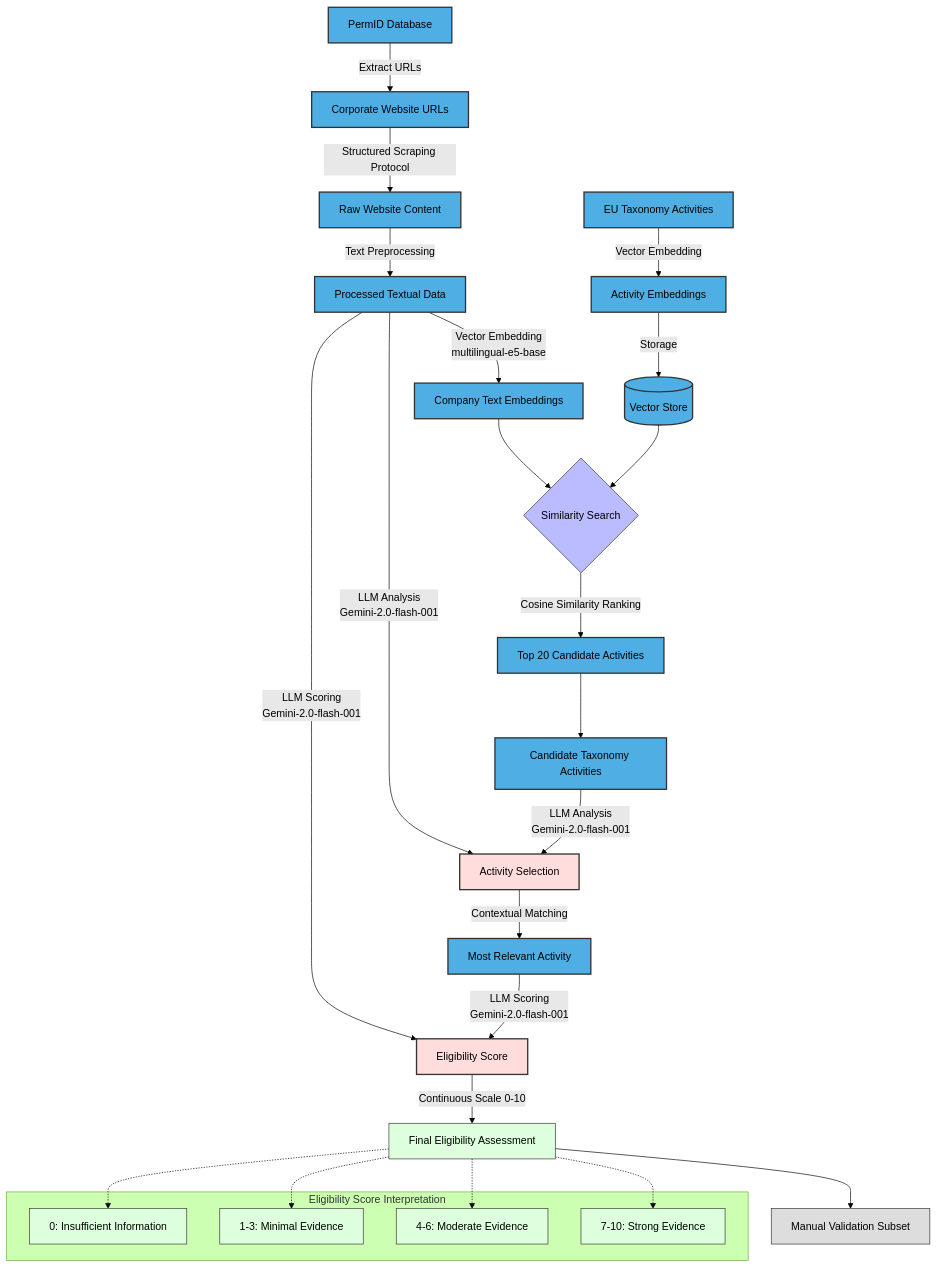
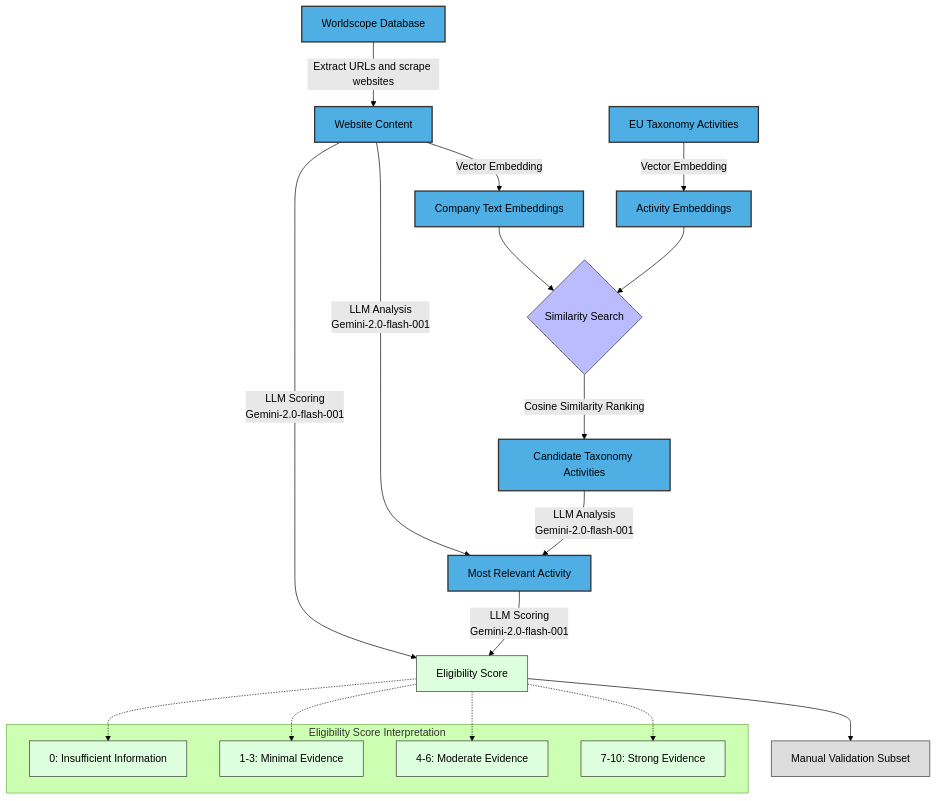
One commit to ArrichM/taxonomy_credit_risk changed the diagram in output/charts/llm_process.mermaid. Above: the diagram before and after it, drawn with Mermaid (forest theme). The commit also changed 2 other files, not shown here.

```diff
--- a/output/charts/llm_process.mermaid
+++ b/output/charts/llm_process.mermaid
@@ -1,54 +1,49 @@
 flowchart TD
     %% Data Acquisition Phase
-    A[PermID Database] -->|Extract URLs| B[Corporate Website URLs]
-    B -->|Structured Scraping Protocol| C[Raw Website Content]
-    C -->|Text Preprocessing| D[Processed Textual Data]
+    A[Worldscope Database] -->|Extract URLs and scrape websites| C[Website Content]
 
     %% Taxonomy Representation Phase
     E[EU Taxonomy Activities] -->|Vector Embedding| F[Activity Embeddings]
-    F -->|Storage| G[(Vector Store)]
 
     %% Embedding and Retrieval Phase
-    D -->|Vector Embedding <br> multilingual-e5-base| H[Company Text Embeddings]
+    C -->|Vector Embedding | H[Company Text Embeddings]
     H --> I{Similarity Search}
-    G --> I
-    I -->|Cosine Similarity Ranking| J[Top 20 Candidate Activities]
+    F --> I
+    I -->|Cosine Similarity Ranking| J[Candidate Taxonomy Activities]
 
     %% LLM Classification Phase
-    J --> L[Candidate Taxonomy Activities]
-    D & L -->|LLM Analysis <br>  Gemini-2.0-flash-001| M[Activity Selection]
-    M -->|Contextual Matching| N[Most Relevant Activity]
+    C & J -->|LLM Analysis <br>  Gemini-2.0-flash-001| N[Most Relevant Activity]
+
 
     %% Eligibility Assessment Phase
-    D & N -->|LLM Scoring <br> Gemini-2.0-flash-001| O[Eligibility Score]
-    O -->|Continuous Scale 0-10| P[Final Eligibility Assessment]
+    C & N -->|LLM Scoring <br> Gemini-2.0-flash-001| P[Eligibility Score]
 
     %% Validation and Quality Control
     P --> Q[Manual Validation Subset]
 
     %% Subgraph for Score Interpretation
     subgraph "Eligibility Score Interpretation"
     T[0: Insufficient Information]
     U[1-3: Minimal Evidence]
     V[4-6: Moderate Evidence]
     W[7-10: Strong Evidence]
     end
 
     P -.-> T
     P -.-> U
     P -.-> V
     P -.-> W
 
     %% Styling
     classDef database fill:#4fafe4,stroke:#333,stroke-width:2px;
     classDef process fill:#bbf,stroke:#333,stroke-width:1px;
     classDef dataObj fill:#dfd,stroke:#333,stroke-width:1px;
     classDef llm fill:#fdd,stroke:#333,stroke-width:2px;
     classDef validation fill:#ddd,stroke:#333,stroke-width:1px;
 
     class A,G database;
     class B,C,D,E,F,H,J,K,L,N database;
     class I,M,O process;
     class P,T,U,V,W dataObj;
     class M,O llm;
     class Q,R,S validation;
```
